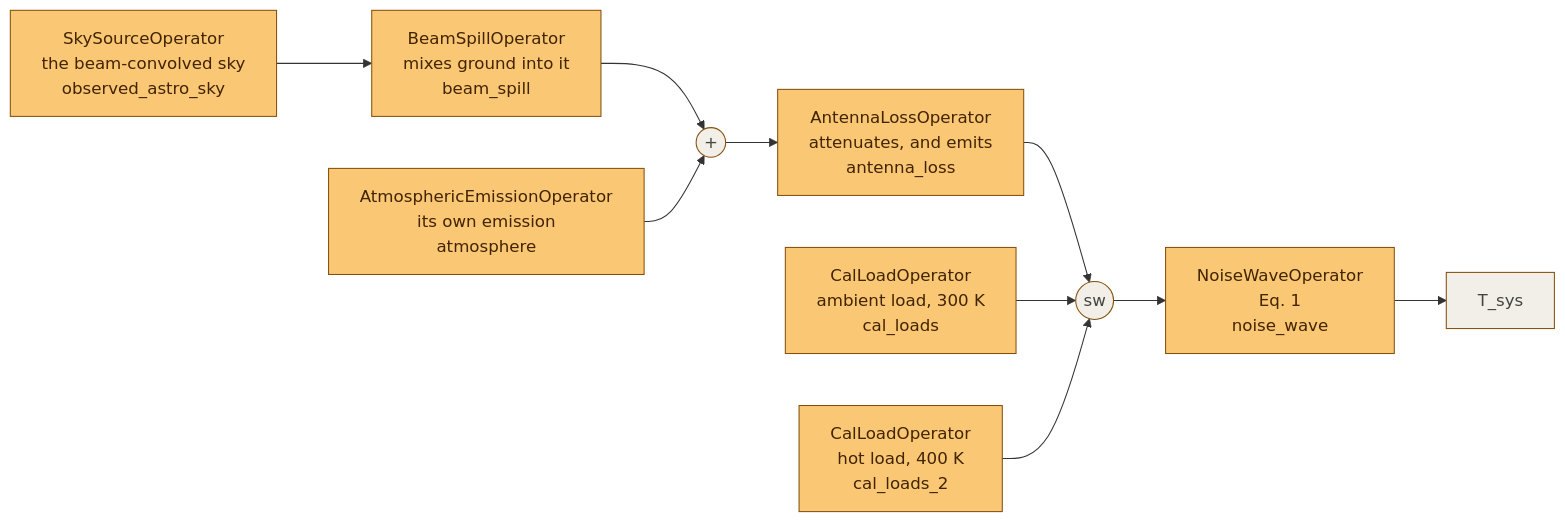
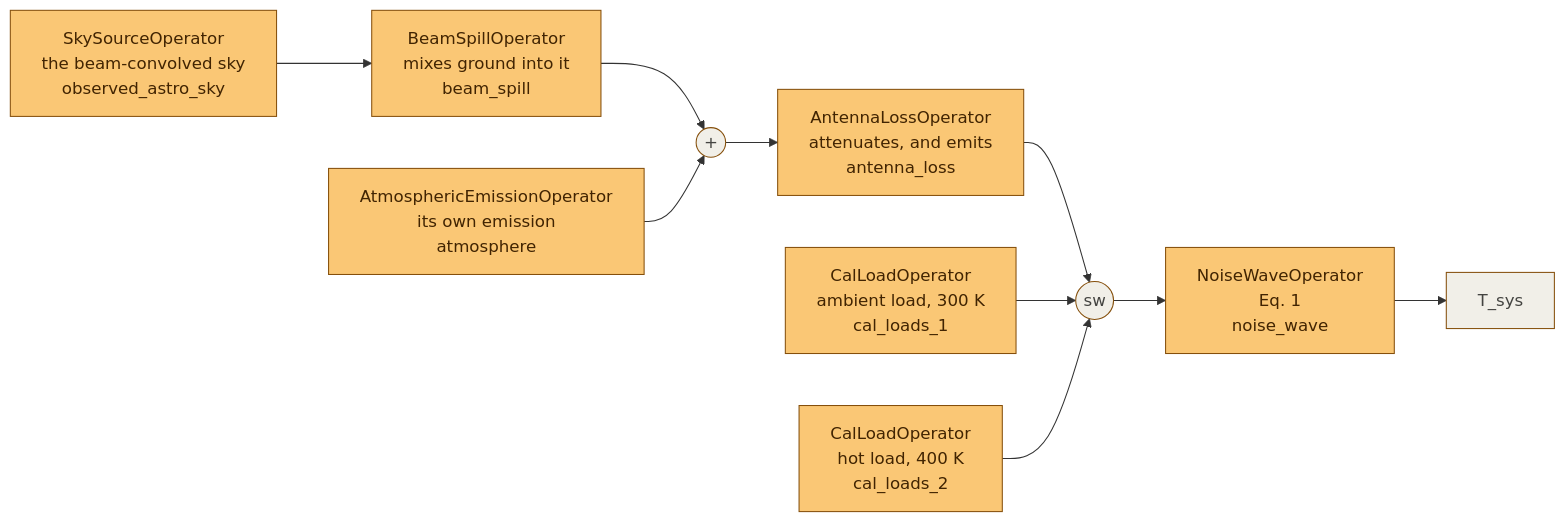
One commit to RHINO-Experiment/rheplicant changed the diagram in docs/sky-to-receiver.md. Above: the diagram before and after it, drawn with Mermaid. The commit also changed 10 other files, not shown here.

````diff
--- a/docs/sky-to-receiver.md
+++ b/docs/sky-to-receiver.md
@@ -56,26 +56,26 @@
 ```{mermaid}
 flowchart LR
   sky["SkySourceOperator<br/>the beam-convolved sky<br/>observed_astro_sky"]
   spill["BeamSpillOperator<br/>mixes ground into it<br/>beam_spill"]
   atm["AtmosphericEmissionOperator<br/>its own emission<br/>atmosphere"]
   tsum(("+"))
   loss["AntennaLossOperator<br/>attenuates, and emits<br/>antenna_loss"]
   sw(("sw"))
-  amb["CalLoadOperator<br/>ambient load, 300 K<br/>cal_loads"]
+  amb["CalLoadOperator<br/>ambient load, 300 K<br/>cal_loads_1"]
   hot["CalLoadOperator<br/>hot load, 400 K<br/>cal_loads_2"]
   nw["NoiseWaveOperator<br/>Eq. 1<br/>noise_wave"]
   out["T_sys"]
   sky --> spill
   spill --> tsum
   atm --> tsum
   tsum --> loss
   loss --> sw
   amb --> sw
   hot --> sw
   sw --> nw
   nw --> out
   classDef lit fill:#FAC775,stroke:#854F0B,color:#412402;
   classDef wire fill:#F1EFE8,stroke:#854F0B,color:#444441;
   class sky,spill,atm,loss,amb,hot,nw lit;
   class tsum,sw,out wire;
 ```
````
